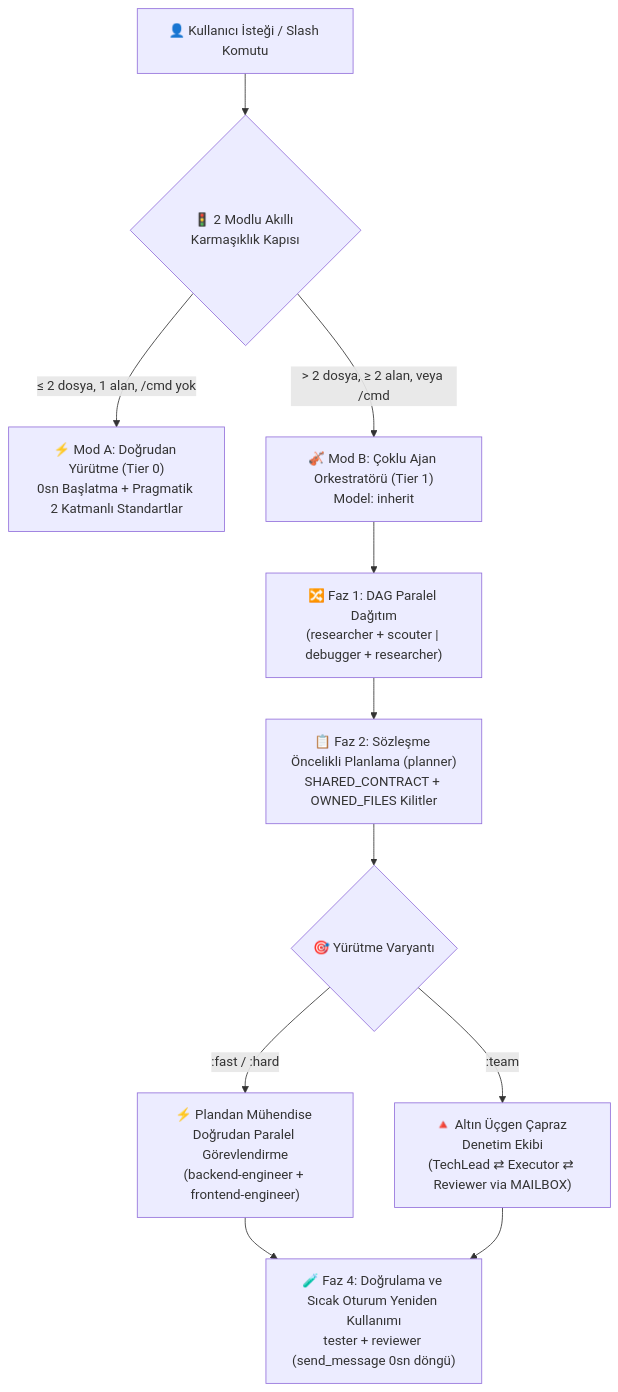
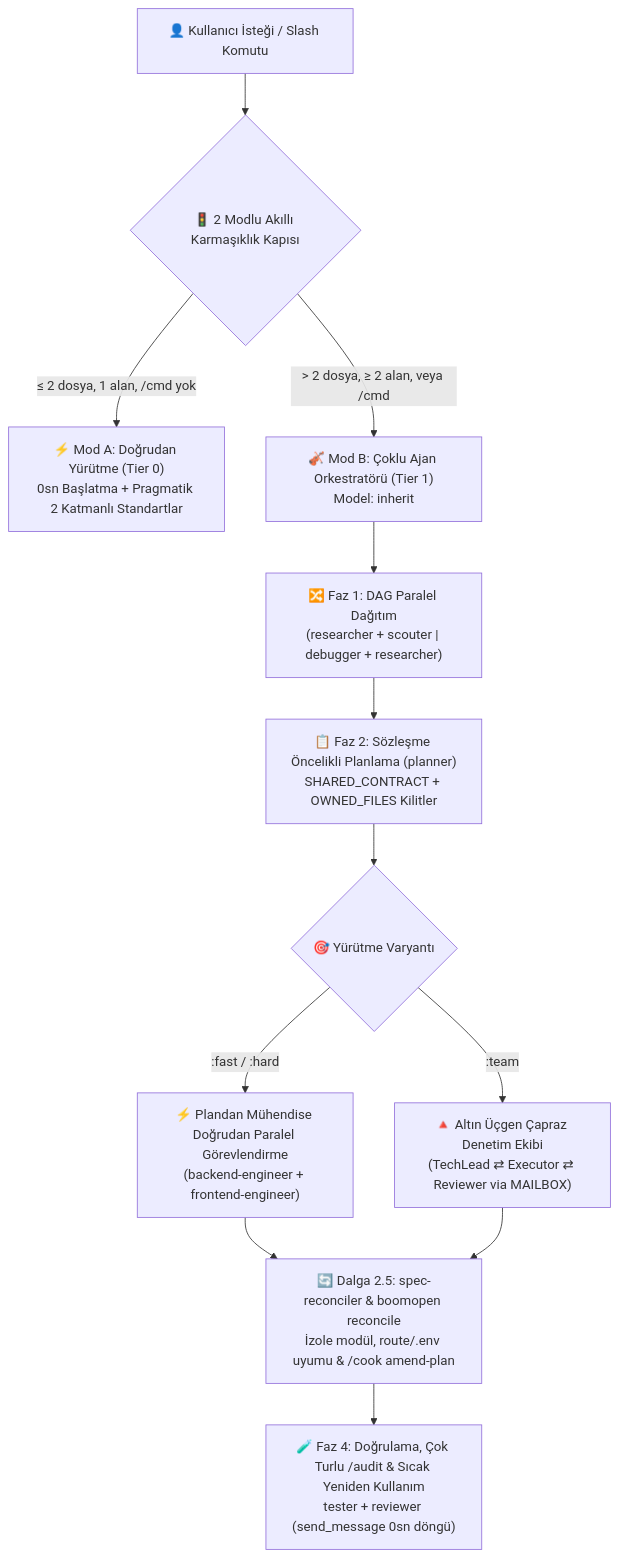
Before and after one commit to Kennyboom/BoomOpen-Workflow-Kit-Pro: the diagram in i18n/README.tr.md, drawn with Mermaid. The commit also changed other lines of this file and 17 other files, not shown here.

Commit message:
docs(i18n): sync all 17 READMEs with v5.5 reconcile, /audit, carbon-guardrails & overnight /goal prompt

````diff
--- a/i18n/README.tr.md
+++ b/i18n/README.tr.md
@@ -49,16 +49,17 @@
 ```mermaid
 flowchart TD
     User["👤 Kullanıcı İsteği / Slash Komutu"] --> Gate{"🚦 2 Modlu Akıllı Karmaşıklık Kapısı"}
     Gate -->|"≤ 2 dosya, 1 alan, /cmd yok"| ModeA["⚡ Mod A: Doğrudan Yürütme (Tier 0)<br/>0sn Başlatma + Pragmatik 2 Katmanlı Standartlar"]
     Gate -->|"> 2 dosya, ≥ 2 alan, veya /cmd"| ModeB["🎻 Mod B: Çoklu Ajan Orkestratörü (Tier 1)<br/>Model: inherit"]
 
     ModeB --> FanOut["🔀 Faz 1: DAG Paralel Dağıtım<br/>(researcher + scouter | debugger + researcher)"]
     FanOut --> Plan["📋 Faz 2: Sözleşme Öncelikli Planlama (planner)<br/>SHARED_CONTRACT + OWNED_FILES Kilitler"]
     Plan --> Dispatch{"🎯 Yürütme Varyantı"}
 
     Dispatch -->|":fast / :hard"| Direct["⚡ Plandan Mühendise Doğrudan Paralel Görevlendirme<br/>(backend-engineer + frontend-engineer)"]
     Dispatch -->|":team"| Triangle["🔺 Altın Üçgen Çapraz Denetim Ekibi<br/>(TechLead ⇄ Executor ⇄ Reviewer via MAILBOX)"]
 
-    Direct --> Verify["🧪 Faz 4: Doğrulama ve Sıcak Oturum Yeniden Kullanımı<br/>tester + reviewer (send_message 0sn döngü)"]
-    Triangle --> Verify
+    Direct --> Reconcile["🔄 Dalga 2.5: spec-reconciler & boomopen reconcile<br/>İzole modül, route/.env uyumu & /cook amend-plan"]
+    Triangle --> Reconcile
+    Reconcile --> Verify["🧪 Faz 4: Doğrulama, Çok Turlu /audit & Sıcak Yeniden Kullanım<br/>tester + reviewer (send_message 0sn döngü)"]
 ```
````
